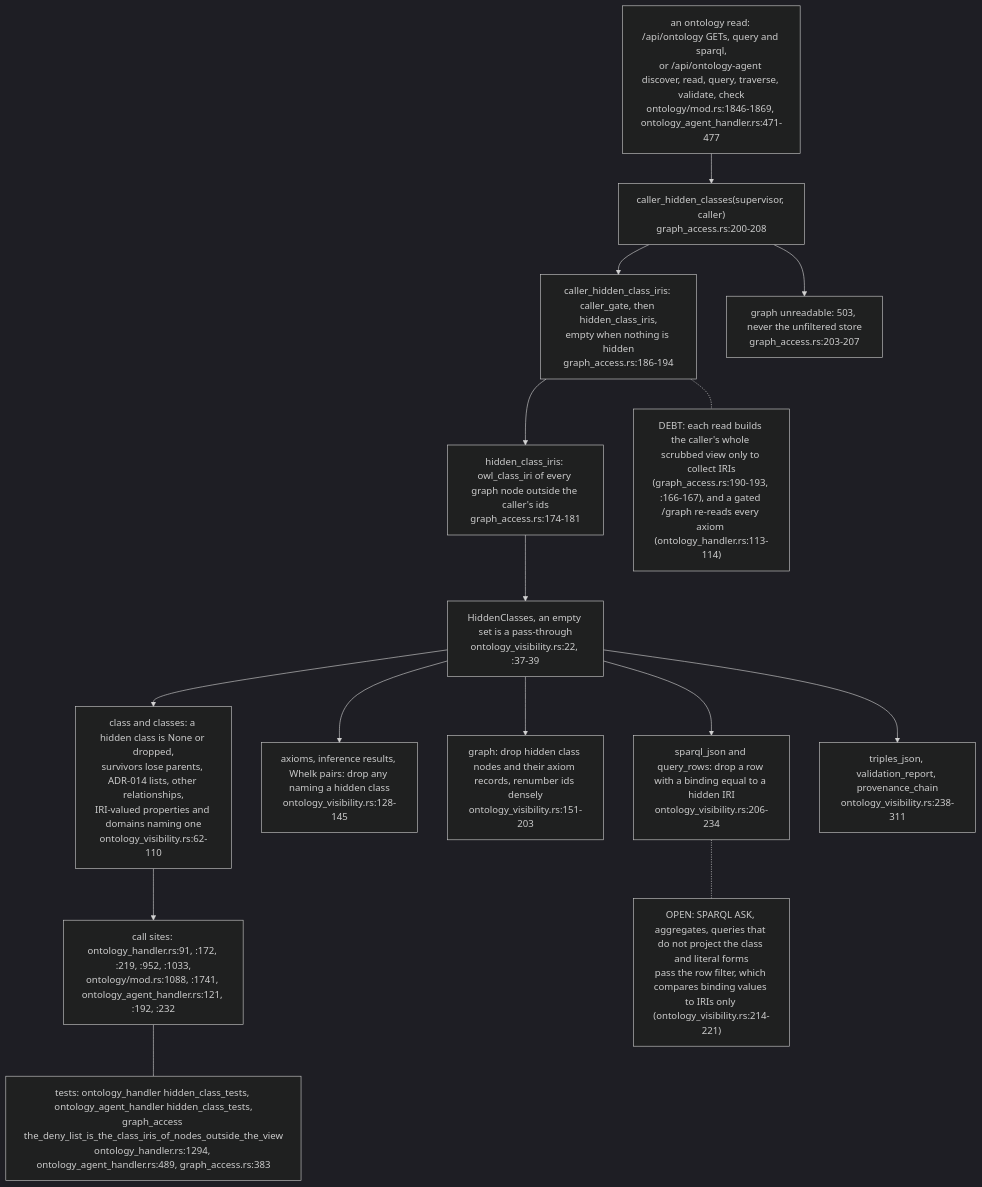
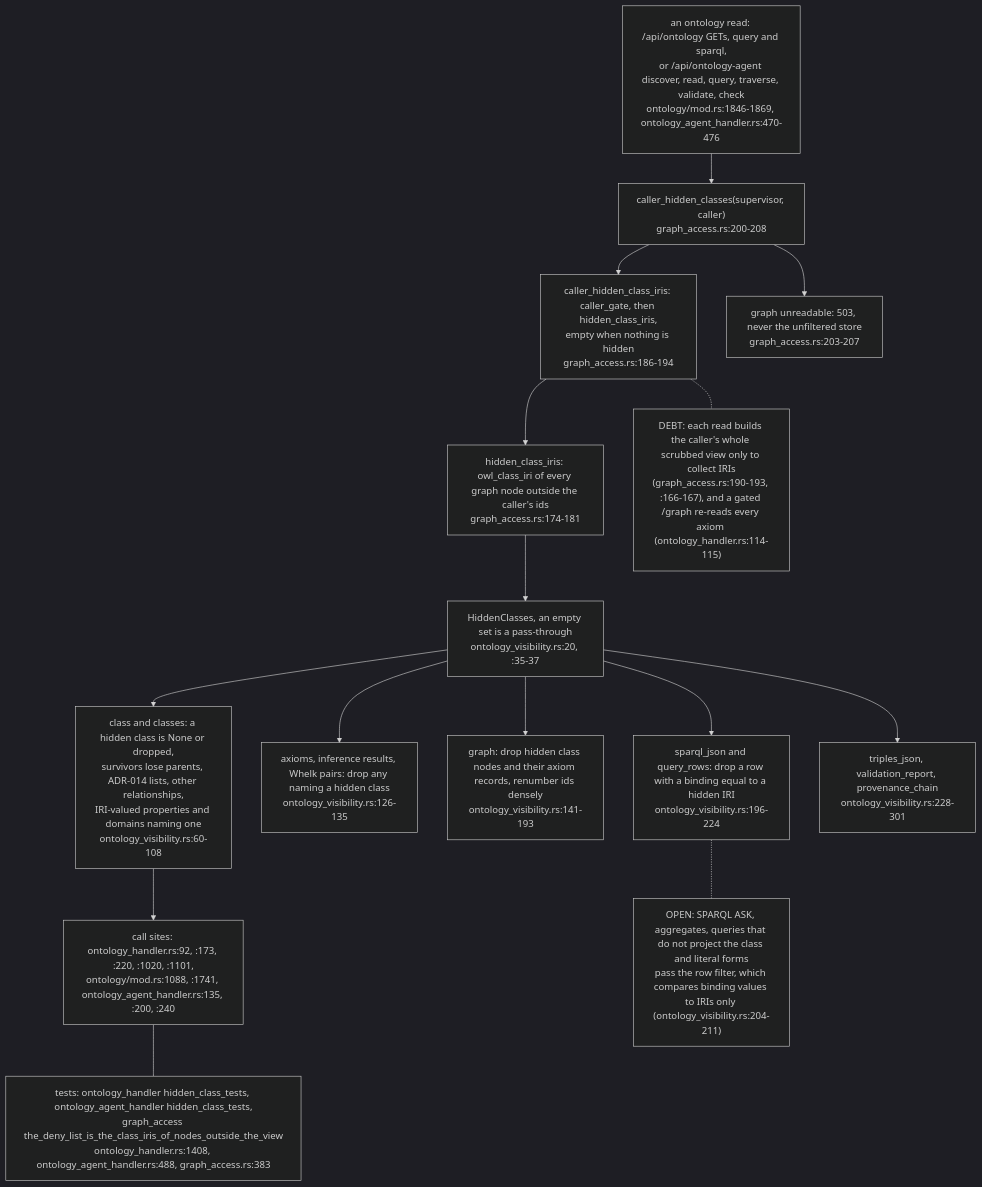
Before and after one commit to DreamLab-AI/VisionFlow: the seventh of 7 diagrams in docs/diagrams/visionclaw/19-visibility-gate-and-metadata-scrub.md, drawn with Mermaid (dark theme). The commit also changed other lines of this file and 49 other files, not shown here.

First line of the commit message:
docs(diagrams): re-derive and re-stamp VisionClaw, estate, knowledge-graph, visionGraph, VisionFlow and sidestr topics

````diff
--- a/docs/diagrams/visionclaw/19-visibility-gate-and-metadata-scrub.md
+++ b/docs/diagrams/visionclaw/19-visibility-gate-and-metadata-scrub.md
@@ -285,20 +285,20 @@
 ```mermaid
 flowchart TB
-    REQ["an ontology read: /api/ontology GETs, query and sparql,<br/>or /api/ontology-agent discover, read, query, traverse, validate, check<br/>ontology/mod.rs:1846-1869, ontology_agent_handler.rs:471-477"] --> CHC
+    REQ["an ontology read: /api/ontology GETs, query and sparql,<br/>or /api/ontology-agent discover, read, query, traverse, validate, check<br/>ontology/mod.rs:1846-1869, ontology_agent_handler.rs:470-476"] --> CHC
     CHC["caller_hidden_classes(supervisor, caller)<br/>graph_access.rs:200-208"] --> CHI["caller_hidden_class_iris: caller_gate, then hidden_class_iris,<br/>empty when nothing is hidden<br/>graph_access.rs:186-194"]
     CHI --> HCI["hidden_class_iris: owl_class_iri of every graph node outside the caller's ids<br/>graph_access.rs:174-181"]
     CHC --> F503["graph unreadable: 503, never the unfiltered store<br/>graph_access.rs:203-207"]
-    HCI --> HC["HiddenClasses, an empty set is a pass-through<br/>ontology_visibility.rs:22, :37-39"]
-    HC --> SC["class and classes: a hidden class is None or dropped,<br/>survivors lose parents, ADR-014 lists, other relationships,<br/>IRI-valued properties and domains naming one<br/>ontology_visibility.rs:62-110"]
-    HC --> AX["axioms, inference results, Whelk pairs: drop any naming a hidden class<br/>ontology_visibility.rs:128-145"]
-    HC --> GR["graph: drop hidden class nodes and their axiom records, renumber ids densely<br/>ontology_visibility.rs:151-203"]
-    HC --> SP["sparql_json and query_rows: drop a row with a binding equal to a hidden IRI<br/>ontology_visibility.rs:206-234"]
-    HC --> TR["triples_json, validation_report, provenance_chain<br/>ontology_visibility.rs:238-311"]
-    SC --> USE["call sites: ontology_handler.rs:91, :172, :219, :952, :1033,<br/>ontology/mod.rs:1088, :1741, ontology_agent_handler.rs:121, :192, :232"]
-    T["tests: ontology_handler hidden_class_tests, ontology_agent_handler hidden_class_tests,<br/>graph_access the_deny_list_is_the_class_iris_of_nodes_outside_the_view<br/>ontology_handler.rs:1294, ontology_agent_handler.rs:489, graph_access.rs:383"]
+    HCI --> HC["HiddenClasses, an empty set is a pass-through<br/>ontology_visibility.rs:20, :35-37"]
+    HC --> SC["class and classes: a hidden class is None or dropped,<br/>survivors lose parents, ADR-014 lists, other relationships,<br/>IRI-valued properties and domains naming one<br/>ontology_visibility.rs:60-108"]
+    HC --> AX["axioms, inference results, Whelk pairs: drop any naming a hidden class<br/>ontology_visibility.rs:126-135"]
+    HC --> GR["graph: drop hidden class nodes and their axiom records, renumber ids densely<br/>ontology_visibility.rs:141-193"]
+    HC --> SP["sparql_json and query_rows: drop a row with a binding equal to a hidden IRI<br/>ontology_visibility.rs:196-224"]
+    HC --> TR["triples_json, validation_report, provenance_chain<br/>ontology_visibility.rs:228-301"]
+    SC --> USE["call sites: ontology_handler.rs:92, :173, :220, :1020, :1101,<br/>ontology/mod.rs:1088, :1741, ontology_agent_handler.rs:135, :200, :240"]
+    T["tests: ontology_handler hidden_class_tests, ontology_agent_handler hidden_class_tests,<br/>graph_access the_deny_list_is_the_class_iris_of_nodes_outside_the_view<br/>ontology_handler.rs:1408, ontology_agent_handler.rs:488, graph_access.rs:383"]
     USE --- T
-    RES["OPEN: SPARQL ASK, aggregates, queries that do not project the class and literal forms<br/>pass the row filter, which compares binding values to IRIs only (ontology_visibility.rs:214-221)"]
+    RES["OPEN: SPARQL ASK, aggregates, queries that do not project the class and literal forms<br/>pass the row filter, which compares binding values to IRIs only (ontology_visibility.rs:204-211)"]
     SP -.- RES
-    COST["DEBT: each read builds the caller's whole scrubbed view only to collect IRIs<br/>(graph_access.rs:190-193, :166-167), and a gated /graph re-reads every axiom (ontology_handler.rs:113-114)"]
+    COST["DEBT: each read builds the caller's whole scrubbed view only to collect IRIs<br/>(graph_access.rs:190-193, :166-167), and a gated /graph re-reads every axiom (ontology_handler.rs:114-115)"]
     CHI -.- COST
 ```
````
